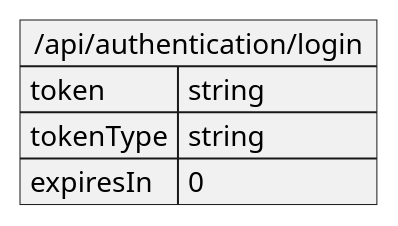
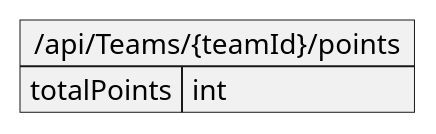
The diagram in docs/JSON Contracts/Responses/GetTeamPoint.puml (JKMN-Projects/TeamTactics), drawn with PlantUML before and after one commit. The commit also changed 1 other file, not shown here.

Commit message:
Updated GetTeamPoint diagram

```diff
--- a/docs/JSON Contracts/Responses/GetTeamPoint.puml
+++ b/docs/JSON Contracts/Responses/GetTeamPoint.puml
@@ -1,9 +1,7 @@
 @startuml Authentication Token Response
 
-json "/api/authentication/login" as authenticationTokenResponse {
-    "token": "string",
-    "tokenType": "string",
-    "expiresIn": 0
+json "/api/Teams/{teamId}/points" as TeamPoints {
+    "totalPoints": "int"
 }
 
 @enduml
```
